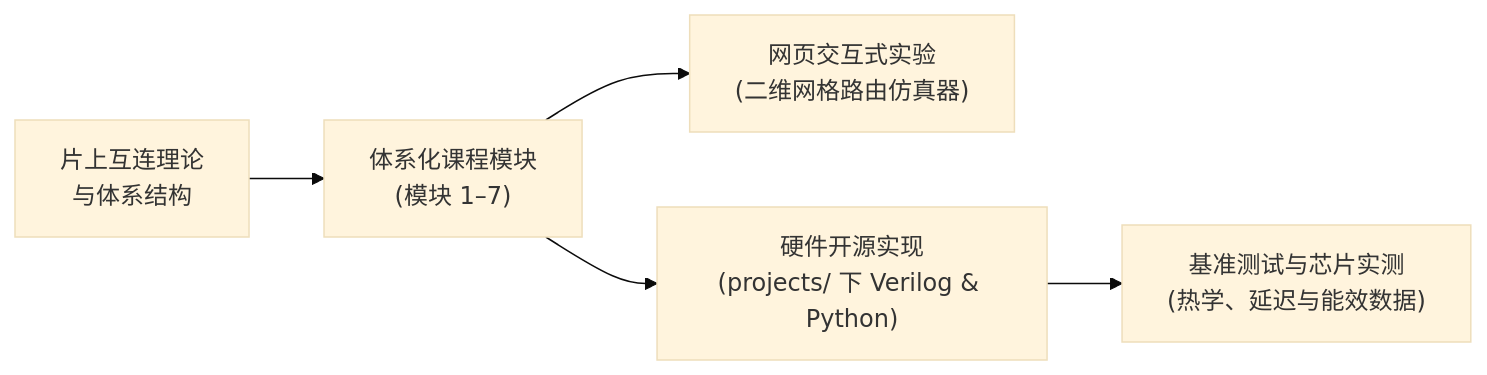
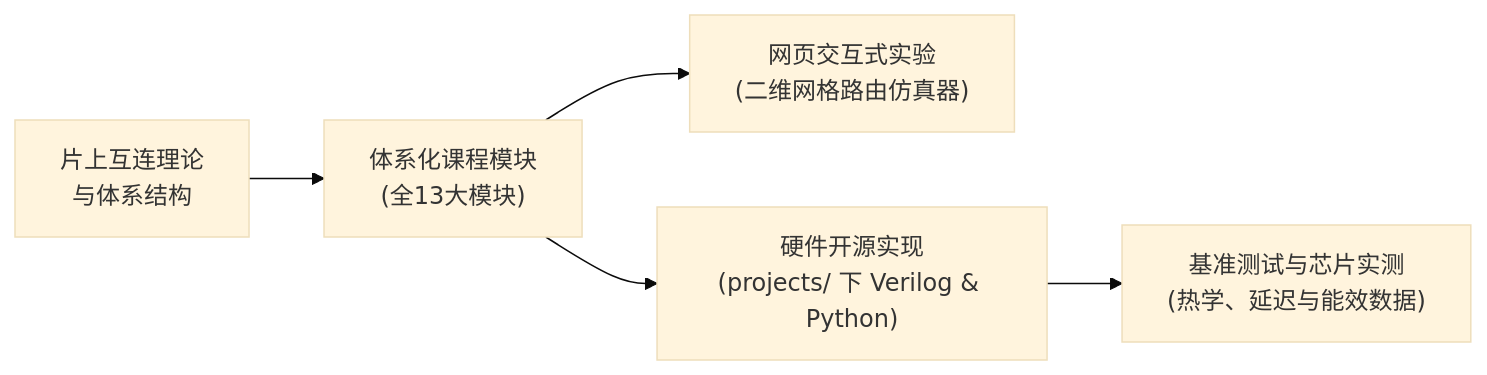
One commit to network-on-chip/learning changed the diagram in docs/index.zh.md. Above: the diagram before and after it, drawn with Mermaid (base theme). The commit also changed other lines of this file and 110 other files, not shown here.

````diff
--- a/docs/index.zh.md
+++ b/docs/index.zh.md
@@ -474,7 +558,7 @@
 ```mermaid
 graph LR
-  A["片上互连理论<br/>与体系结构"] --> B["体系化课程模块<br/>(模块 1–7)"]
+  A["片上互连理论<br/>与体系结构"] --> B["体系化课程模块<br/>(全13大模块)"]
   B --> C["网页交互式实验<br/>(二维网格路由仿真器)"]
   B --> D["硬件开源实现<br/>(projects/ 下 Verilog & Python)"]
   D --> E["基准测试与芯片实测<br/>(热学、延迟与能效数据)"]
 ```
````
